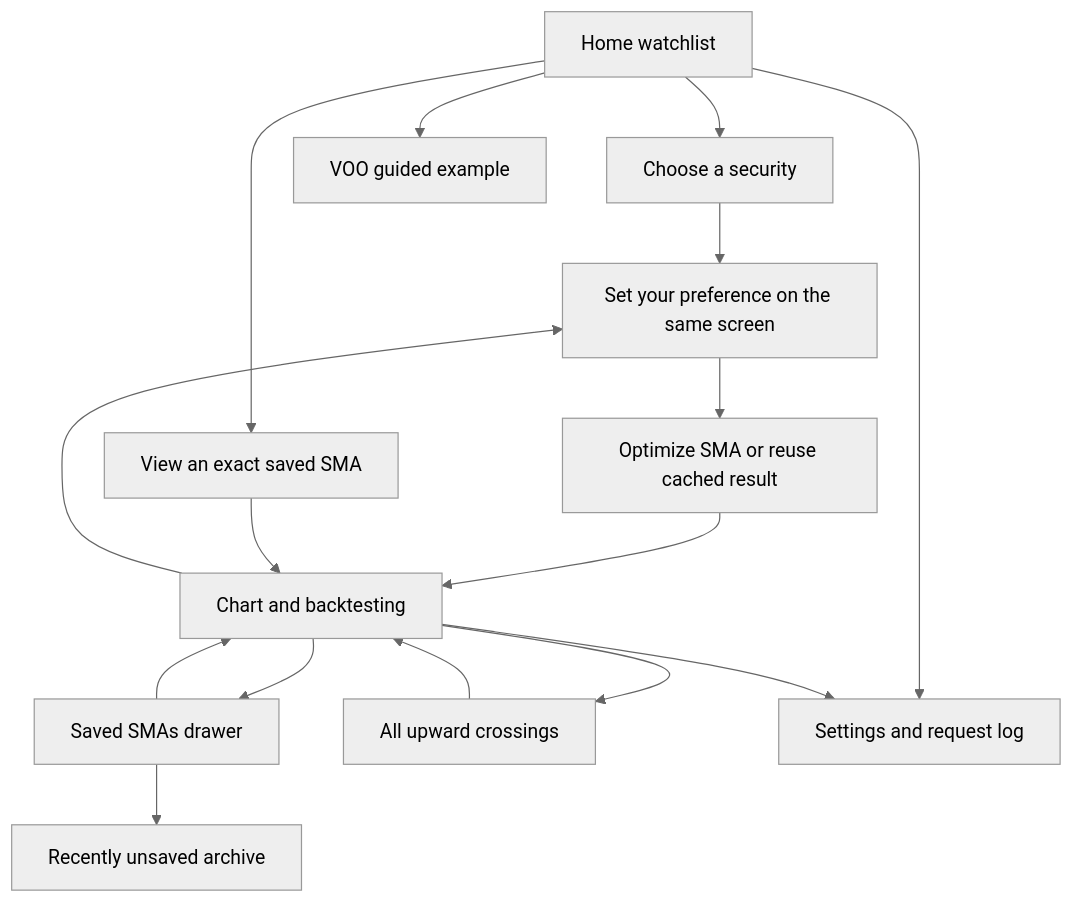
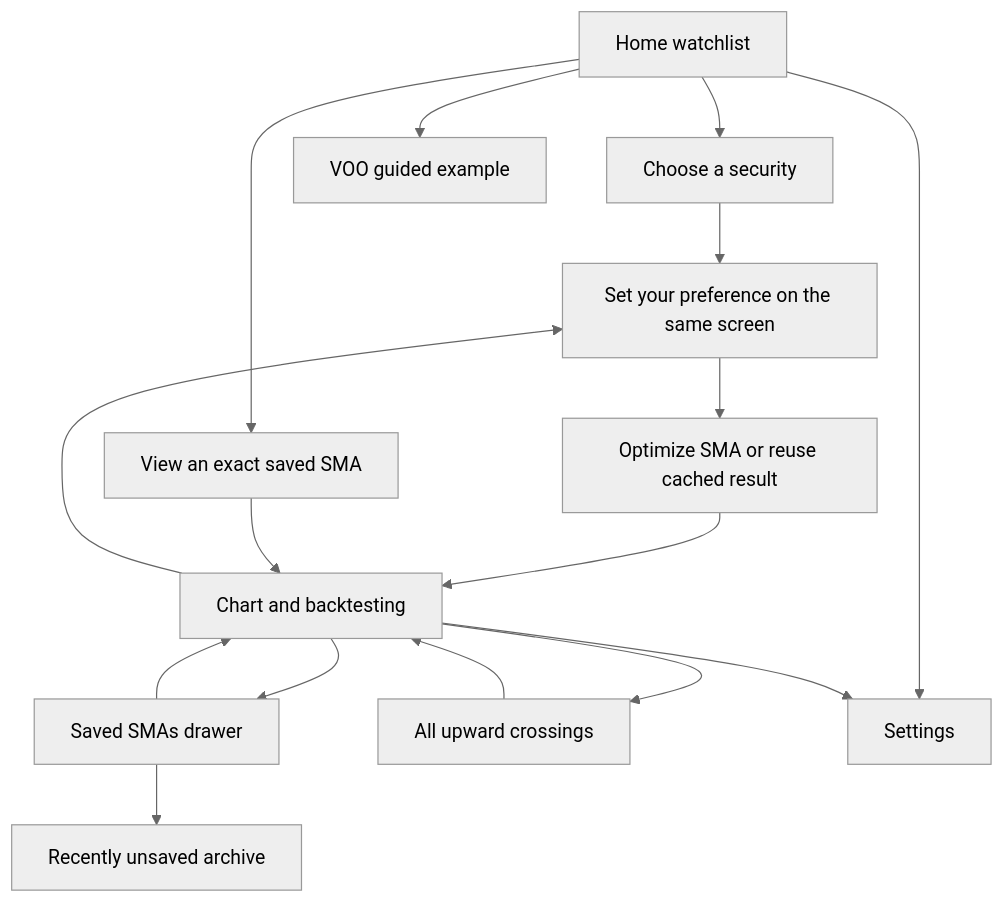
One commit to thewongphoto/SMA-indictor changed the diagram in APP_SUMMARY.md. Above: the diagram before and after it, drawn with Mermaid (neutral theme). The commit also changed other lines of this file and 21 other files, not shown here.

````diff
--- a/APP_SUMMARY.md
+++ b/APP_SUMMARY.md
@@ -97,18 +97,18 @@
 ```mermaid
 flowchart TD
     L[Home watchlist] --> N[Choose a security]
     N --> P[Set your preference on the same screen]
     P --> O[Optimize SMA or reuse cached result]
     O --> C[Chart and backtesting]
     L --> V[View an exact saved SMA]
     V --> C
     L --> G[VOO guided example]
     C --> P
     C --> D[Saved SMAs drawer]
     D --> C
     C --> X[All upward crossings]
     X --> C
-    L --> S[Settings and request log]
+    L --> S[Settings]
     C --> S
     D --> A[Recently unsaved archive]
 ```
````
